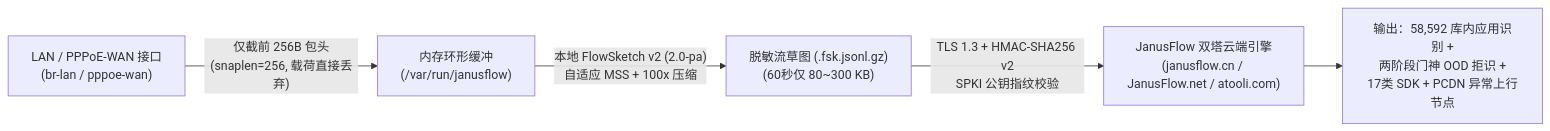
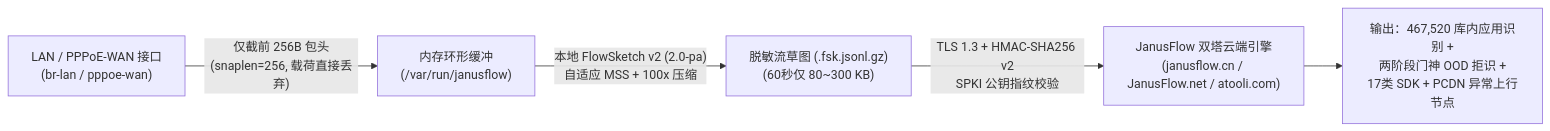
One commit to 876387/janusflow-probe changed the diagram in probes/openwrt_edge/README.md. Above: the diagram before and after it, drawn with Mermaid. The commit also changed 5 other files, not shown here.

````diff
--- a/probes/openwrt_edge/README.md
+++ b/probes/openwrt_edge/README.md
@@ -9,7 +9,7 @@
 ```mermaid
 flowchart LR
     A["LAN / PPPoE-WAN 接口<br/>(br-lan / pppoe-wan)"] -->|"仅截前 256B 包头<br/>(snaplen=256, 载荷直接丢弃)"| B["内存环形缓冲<br/>(/var/run/janusflow)"]
     B -->|"本地 FlowSketch v2 (2.0-pa)<br/>自适应 MSS + 100x 压缩"| C["脱敏流草图 (.fsk.jsonl.gz)<br/>(60秒仅 80~300 KB)"]
     C -->|"TLS 1.3 + HMAC-SHA256 v2<br/>SPKI 公钥指纹校验"| D["JanusFlow 双塔云端引擎<br/>(janusflow.cn / JanusFlow.net / atooli.com)"]
-    D --> E["输出：58,592 库内应用识别 +<br/>两阶段门神 OOD 拒识 +<br/>17类 SDK + PCDN 异常上行节点"]
+    D --> E["输出：467,520 库内应用识别 +<br/>两阶段门神 OOD 拒识 +<br/>17类 SDK + PCDN 异常上行节点"]
 ```
````
